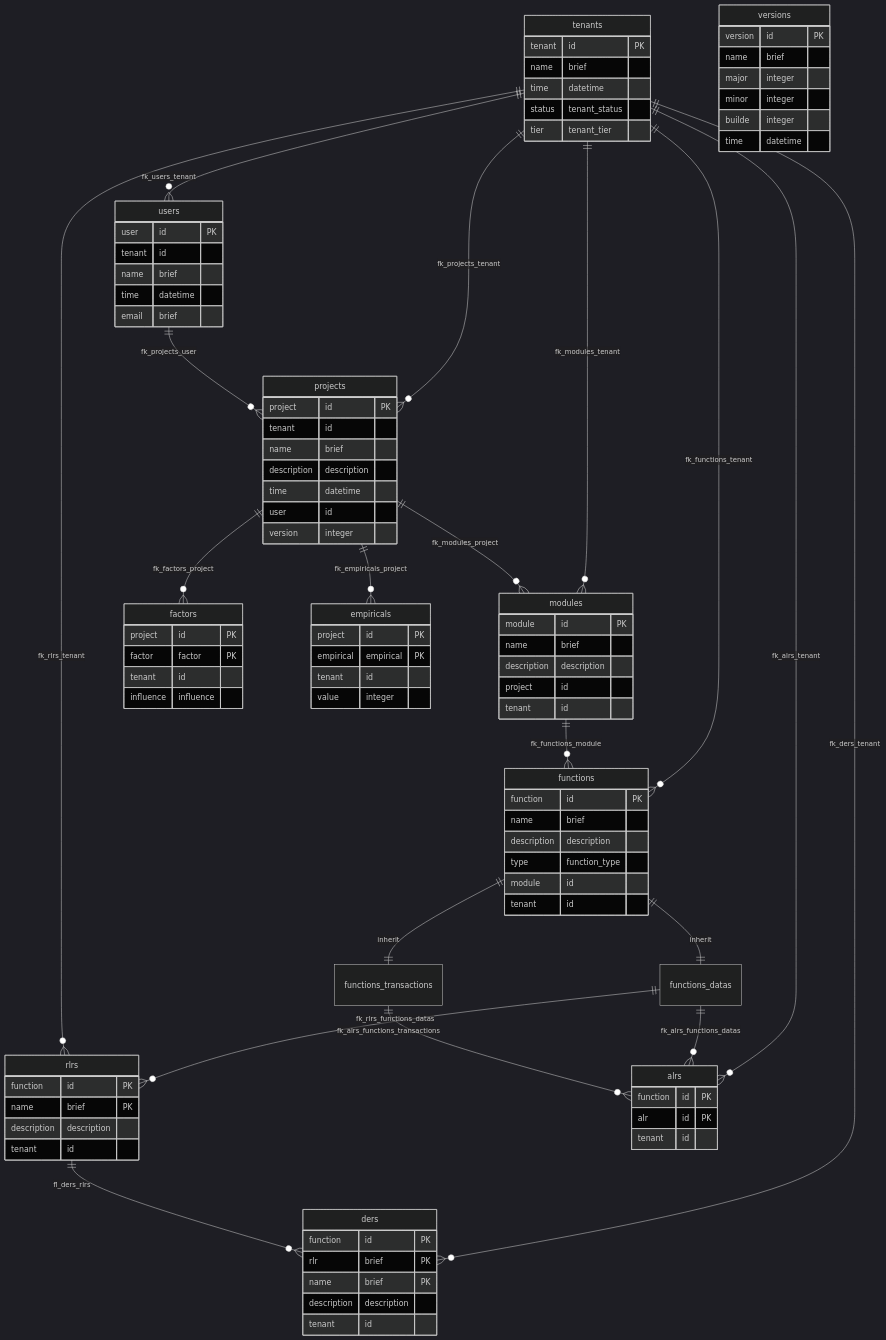
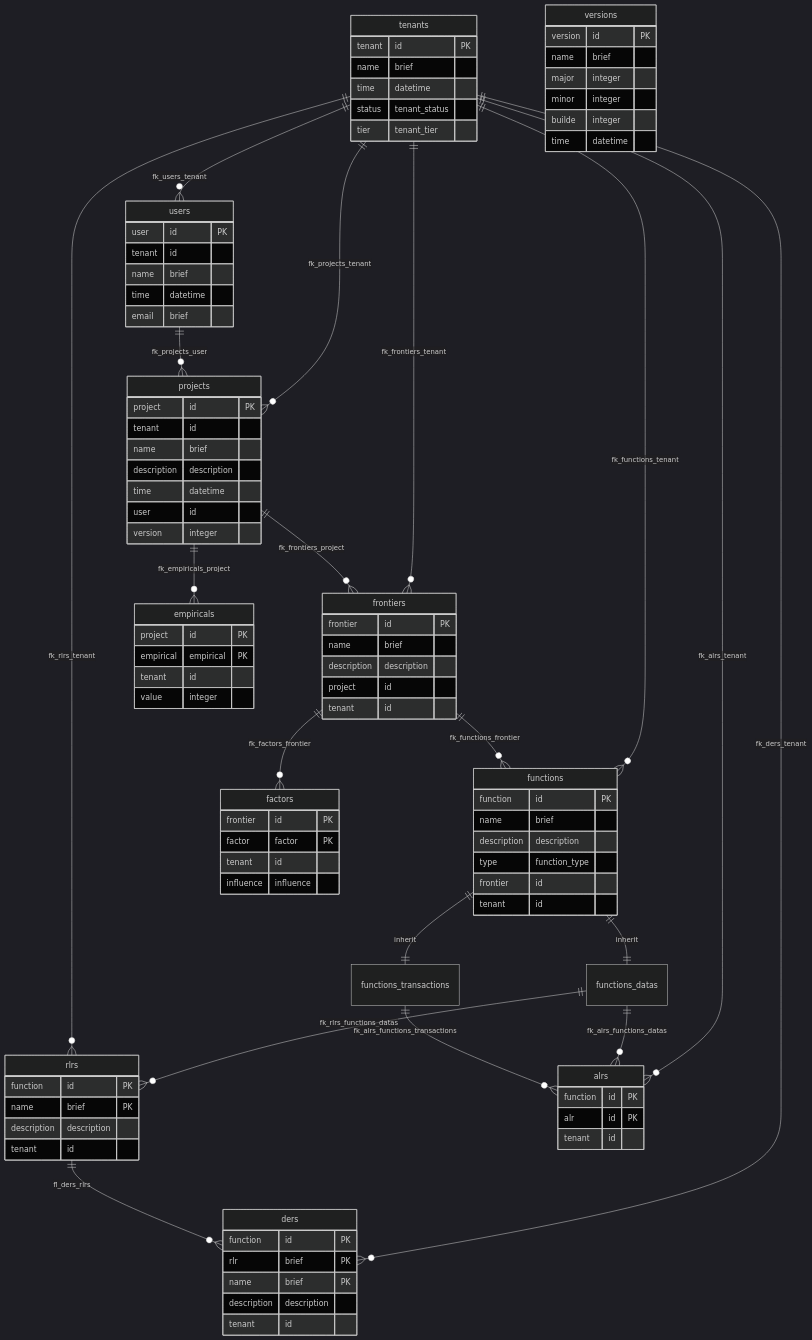
Before and after one commit to LVRodrigues/fpa-management: the diagram in database/diagram.md, drawn with Mermaid (dark theme). The commit also changed 12 other files, not shown here.

Commit message:
Factors now belong to the Frontier.

```diff
--- a/database/diagram.md
+++ b/database/diagram.md
@@ -6,7 +6,7 @@
 
     tenants                 ||--o{ users: fk_users_tenant
     tenants                 ||--o{ projects: fk_projects_tenant
-    tenants                 ||--o{ modules: fk_modules_tenant
+    tenants                 ||--o{ frontiers: fk_frontiers_tenant
     tenants                 ||--o{ functions: fk_functions_tenant
     tenants                 ||--o{ rlrs: fk_rlrs_tenant
     tenants                 ||--o{ alrs: fk_alrs_tenant
@@ -14,17 +14,16 @@
 
     users                   ||--o{ projects: fk_projects_user
 
-    projects                ||--o{ factors: fk_factors_project
     projects                ||--o{ empiricals: fk_empiricals_project
-    projects                ||--o{ modules: fk_modules_project
+    projects                ||--o{ frontiers: fk_frontiers_project
 
-    modules                 ||--o{ functions: fk_functions_module
+    frontiers               ||--o{ functions: fk_functions_frontier
+    frontiers               ||--o{ factors: fk_factors_frontier
 
     functions               ||--|| functions_datas: inherit
     functions               ||--|| functions_transactions: inherit
     functions_datas         ||--o{ alrs: fk_alrs_functions_datas
     rlrs                    ||--o{ ders: fl_ders_rlrs
-    %% functions_transactions  ||--o{ ders: fk_ders_functions_transactions
     functions_transactions  ||--o{ alrs: fk_alrs_functions_transactions
         
     tenants {
@@ -62,13 +61,6 @@
         version     integer
     }
 
-    factors {
-        project     id          PK
-        factor      factor      PK
-        tenant      id
-        influence   influence
-    }
-
     empiricals {
         project     id          PK
         empirical   empirical   PK
@@ -76,12 +68,19 @@
         value       integer
     }
 
-    modules {
-        module      id          PK
+    frontiers {
+        frontier    id          PK
         name        brief
         description description
         project     id
         tenant      id
+    }
+
+    factors {
+        frontier    id          PK
+        factor      factor      PK
+        tenant      id
+        influence   influence
     }
 
     functions {
@@ -89,7 +88,7 @@
         name        brief
         description description
         type        function_type
-        module      id
+        frontier    id
         tenant      id
     }
 
```
